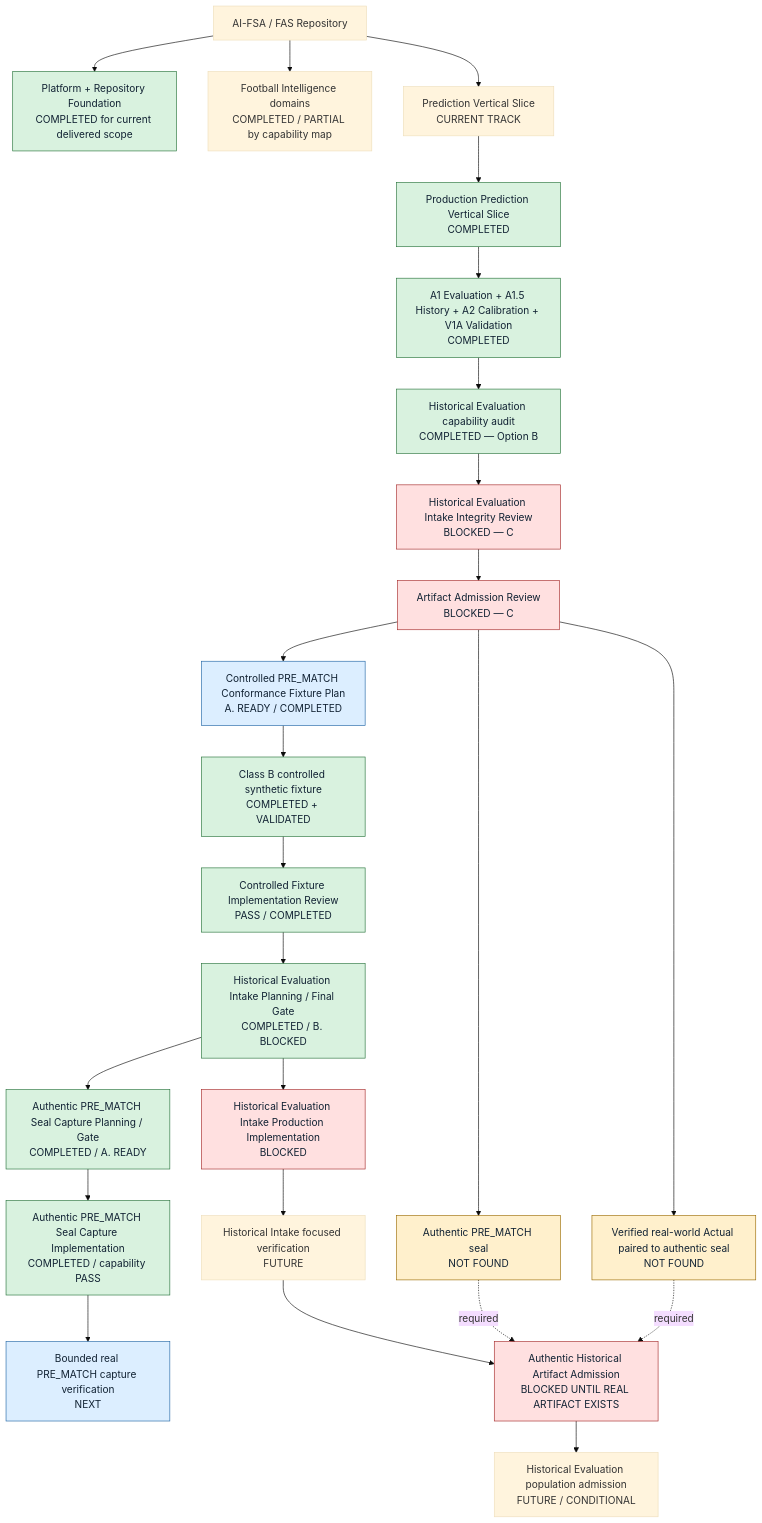
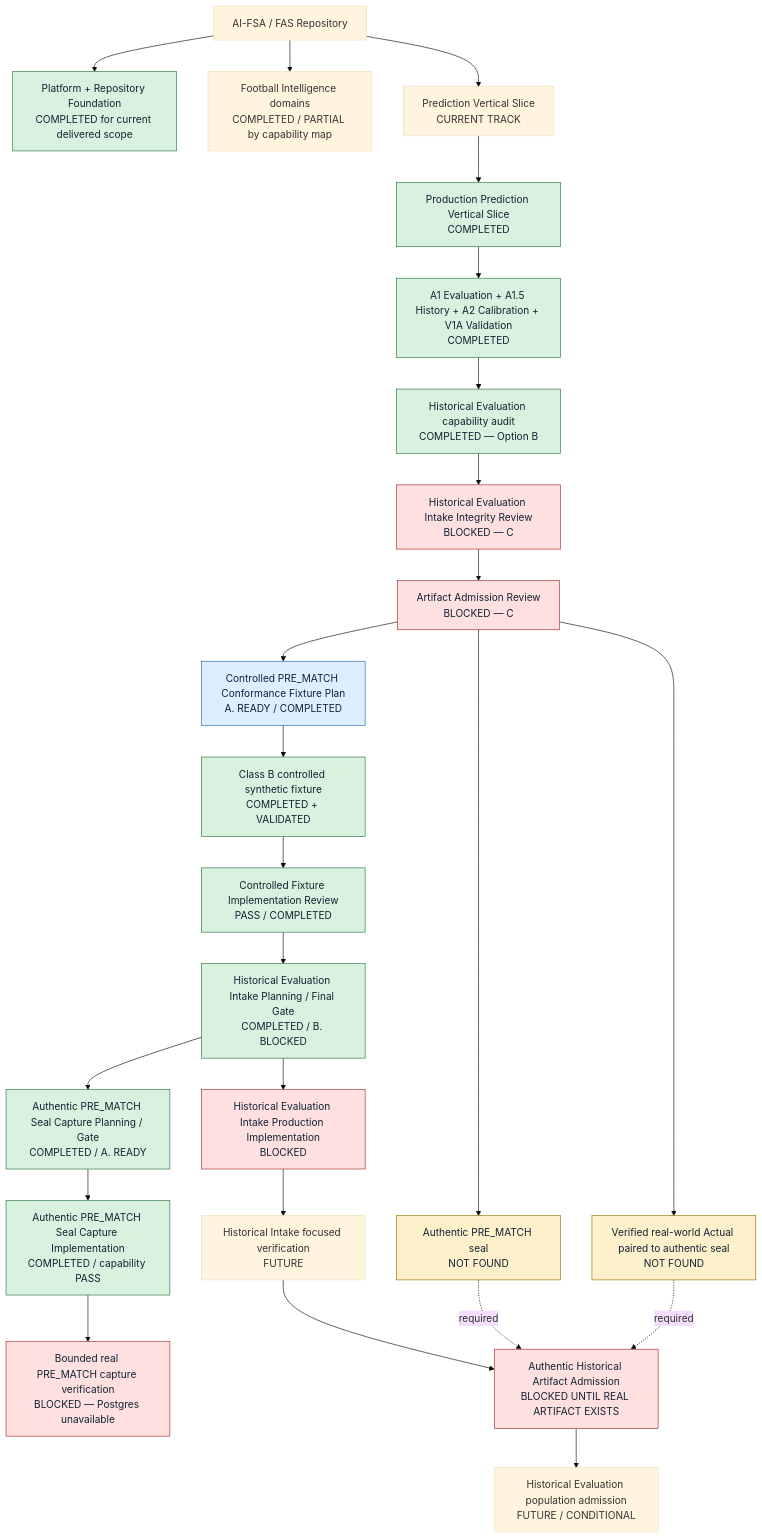
One commit to chenpengfeidp/ai-FSA changed the diagram in docs/PROJECT_STATE.md. Above: the diagram before and after it, drawn with Mermaid (base theme). The commit also changed other lines of this file and 2 other files, not shown here.

First line of the commit message:
docs(sprints): 记录 PRE_MATCH 验证 B. BLOCKED

````diff
--- a/docs/PROJECT_STATE.md
+++ b/docs/PROJECT_STATE.md
@@ -90,44 +90,44 @@
 ```mermaid
 flowchart TD
   FAS["AI-FSA / FAS Repository"]
   PLATFORM["Platform + Repository Foundation<br/>COMPLETED for current delivered scope"]
   FI["Football Intelligence domains<br/>COMPLETED / PARTIAL by capability map"]
   PVS["Prediction Vertical Slice<br/>CURRENT TRACK"]
 
   FAS --> PLATFORM
   FAS --> FI
   FAS --> PVS
 
   PVS --> PVS1["Production Prediction Vertical Slice<br/>COMPLETED"]
   PVS1 --> EVAL["A1 Evaluation + A1.5 History + A2 Calibration + V1A Validation<br/>COMPLETED"]
   EVAL --> AUDIT["Historical Evaluation capability audit<br/>COMPLETED — Option B"]
   AUDIT --> INTEGRITY["Historical Evaluation Intake Integrity Review<br/>BLOCKED — C"]
   INTEGRITY --> ADMISSION["Artifact Admission Review<br/>BLOCKED — C"]
 
   ADMISSION --> SEAL["Authentic PRE_MATCH seal<br/>NOT FOUND"]
   ADMISSION --> ACTUAL["Verified real-world Actual paired to authentic seal<br/>NOT FOUND"]
   ADMISSION --> PLAN["Controlled PRE_MATCH Conformance Fixture Plan<br/>A. READY / COMPLETED"]
   PLAN --> FIXTURE["Class B controlled synthetic fixture<br/>COMPLETED + VALIDATED"]
   FIXTURE --> CURRENT["Controlled Fixture Implementation Review<br/>PASS / COMPLETED"]
   CURRENT --> FINALPLAN["Historical Evaluation Intake Planning / Final Gate<br/>COMPLETED / B. BLOCKED"]
   FINALPLAN --> SEALPLAN["Authentic PRE_MATCH Seal Capture Planning / Gate<br/>COMPLETED / A. READY"]
   SEALPLAN --> SEALIMPL["Authentic PRE_MATCH Seal Capture Implementation<br/>COMPLETED / capability PASS"]
-  SEALIMPL --> SEALVERIFY["Bounded real PRE_MATCH capture verification<br/>NEXT"]
+  SEALIMPL --> SEALVERIFY["Bounded real PRE_MATCH capture verification<br/>BLOCKED — Postgres unavailable"]
   FINALPLAN --> PROD["Historical Evaluation Intake Production Implementation<br/>BLOCKED"]
   PROD --> VERIFY["Historical Intake focused verification<br/>FUTURE"]
   VERIFY --> REALADMIT["Authentic Historical Artifact Admission<br/>BLOCKED UNTIL REAL ARTIFACT EXISTS"]
   SEAL -. required .-> REALADMIT
   ACTUAL -. required .-> REALADMIT
   REALADMIT --> POP["Historical Evaluation population admission<br/>FUTURE / CONDITIONAL"]
 
   classDef completed fill:#d9f2df,stroke:#26733a,color:#123;
   classDef ready fill:#dceeff,stroke:#2166a5,color:#123;
   classDef blocked fill:#ffe0e0,stroke:#a52a2a,color:#123;
   classDef missing fill:#fff0cc,stroke:#9b6b00,color:#123;
   classDef next fill:#e8ddff,stroke:#6542a6,color:#123;
 
   class PLATFORM,PVS1,EVAL,AUDIT,FIXTURE,CURRENT,FINALPLAN,SEALPLAN,SEALIMPL completed;
-  class PLAN,SEALVERIFY ready;
-  class INTEGRITY,ADMISSION,PROD,REALADMIT blocked;
+  class PLAN ready;
+  class INTEGRITY,ADMISSION,PROD,REALADMIT,SEALVERIFY blocked;
   class SEAL,ACTUAL missing;
 ```
````
